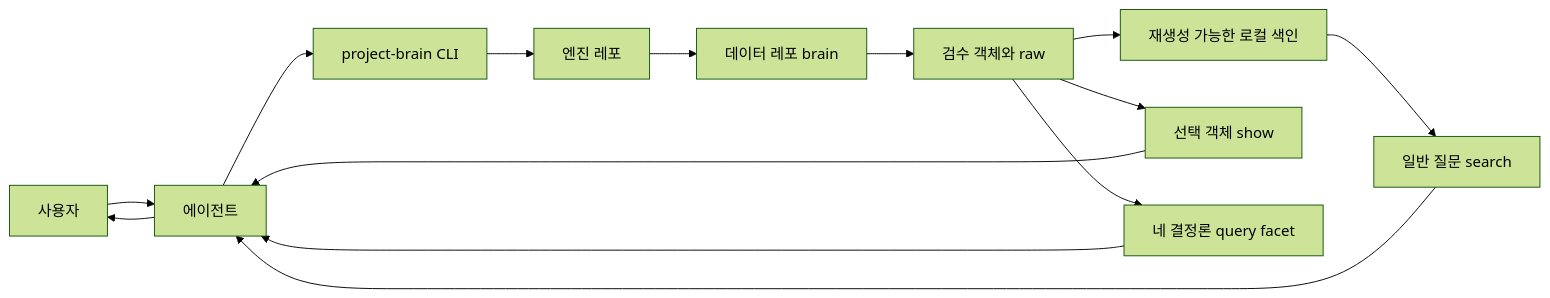
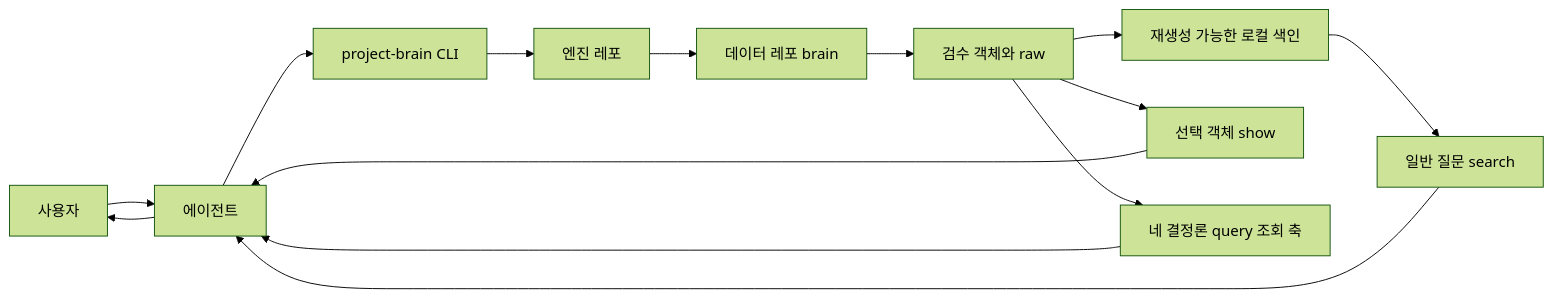
One commit to mooh1222/project-brain changed the diagram in docs/architecture/README.md. Above: the diagram before and after it, drawn with Mermaid (forest theme). The commit also changed other lines of this file and 9 other files, not shown here.

````diff
--- a/docs/architecture/README.md
+++ b/docs/architecture/README.md
@@ -15,16 +15,16 @@
 ```mermaid
 flowchart LR
     User[사용자] --> Agent[에이전트]
     Agent --> CLI[project-brain CLI]
     CLI --> Engine[엔진 레포]
     Engine --> Data[데이터 레포 brain]
     Data --> Objects[검수 객체와 raw]
     Objects --> Index[재생성 가능한 로컬 색인]
     Index --> Search[일반 질문 search]
     Objects --> Show[선택 객체 show]
-    Objects --> Query[네 결정론 query facet]
+    Objects --> Query[네 결정론 query 조회 축]
     Search --> Agent
     Show --> Agent
     Query --> Agent
     Agent --> User
 ```
````
